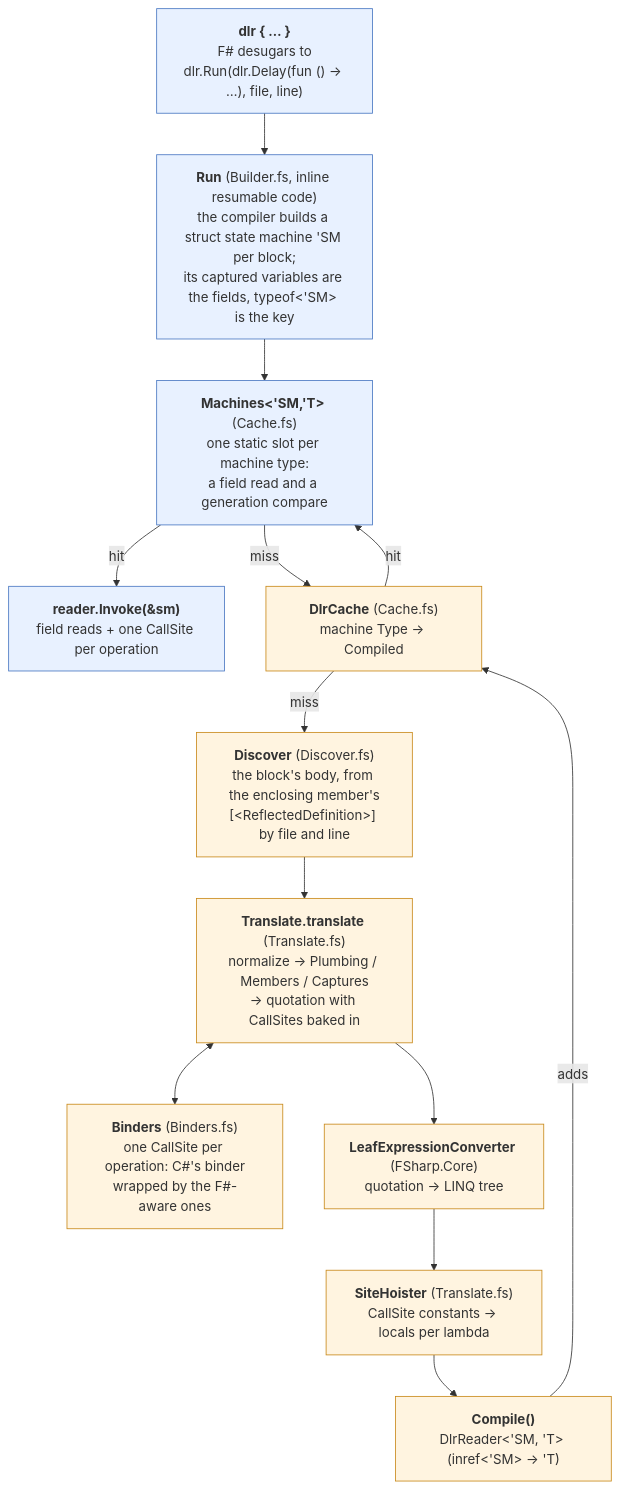
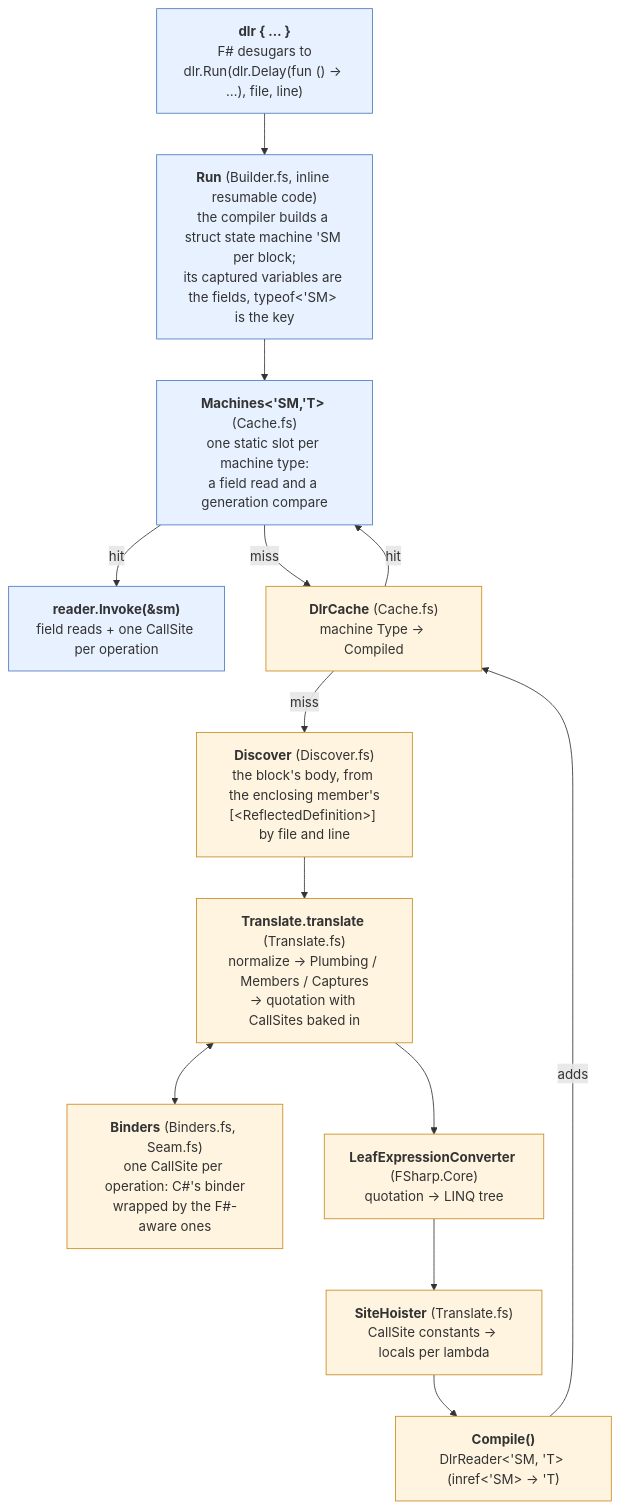
The first of 3 diagrams in docs/pipeline.md (ekonbenefits/FSharp.Interop.Dlr), drawn with Mermaid before and after one commit. The commit also changed 12 other files, not shown here.

````diff
--- a/docs/pipeline.md
+++ b/docs/pipeline.md
@@ -8,27 +8,27 @@
 ```mermaid
 flowchart TD
     src["<b>dlr { … }</b><br/>F# desugars to<br/>dlr.Run(dlr.Delay(fun () -> …), file, line)"]
     run["<b>Run</b> (Builder.fs, inline resumable code)<br/>the compiler builds a struct state machine 'SM per block;<br/>its captured variables are the fields, typeof&lt;'SM&gt; is the key"]
     sites["<b>Machines&lt;'SM,'T&gt;</b> (Cache.fs)<br/>one static slot per machine type:<br/>a field read and a generation compare"]
     invoke["<b>reader.Invoke(&amp;sm)</b><br/>field reads + one CallSite per operation"]
     cache["<b>DlrCache</b> (Cache.fs)<br/>machine Type → Compiled"]
     discover["<b>Discover</b> (Discover.fs)<br/>the block's body, from the enclosing member's<br/>[&lt;ReflectedDefinition&gt;] by file and line"]
     translate["<b>Translate.translate</b> (Translate.fs)<br/>normalize → Plumbing / Members / Captures<br/>→ quotation with CallSites baked in"]
-    binders["<b>Binders</b> (Binders.fs)<br/>one CallSite per operation: C#'s binder<br/>wrapped by the F#-aware ones"]
+    binders["<b>Binders</b> (Binders.fs, Seam.fs)<br/>one CallSite per operation: C#'s binder<br/>wrapped by the F#-aware ones"]
     conv["<b>LeafExpressionConverter</b> (FSharp.Core)<br/>quotation → LINQ tree"]
     hoist["<b>SiteHoister</b> (Translate.fs)<br/>CallSite constants → locals per lambda"]
     compile["<b>Compile()</b><br/>DlrReader&lt;'SM, 'T&gt; (inref&lt;'SM&gt; -> 'T)"]
 
     src --> run --> sites
     sites -- hit --> invoke
     sites -- miss --> cache
     cache -- miss --> discover --> translate
     translate <--> binders
     translate --> conv --> hoist --> compile -- adds --> cache
     cache -- hit --> sites
 
     classDef entry fill:#e8f1ff,stroke:#4a78c2
     classDef compileOnce fill:#fff4e0,stroke:#c98a1b
     class src,run,sites,invoke entry
     class cache,discover,translate,binders,conv,hoist,compile compileOnce
 ```
````
